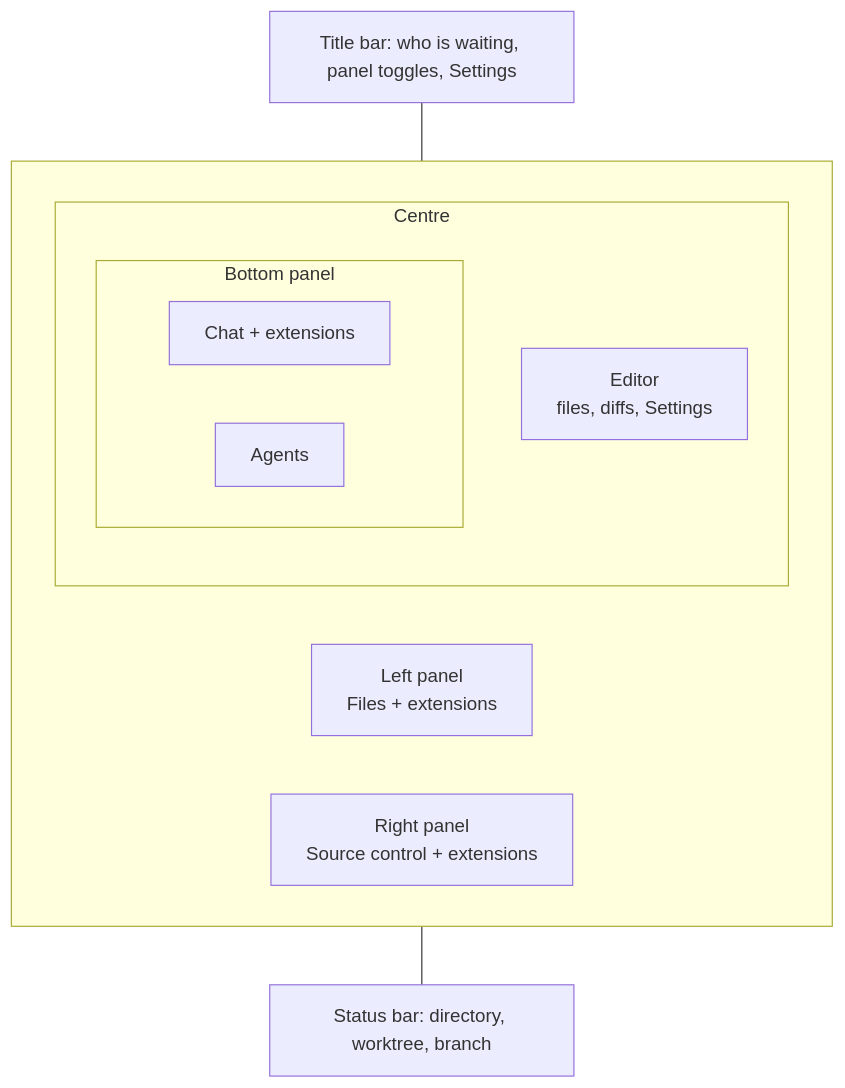
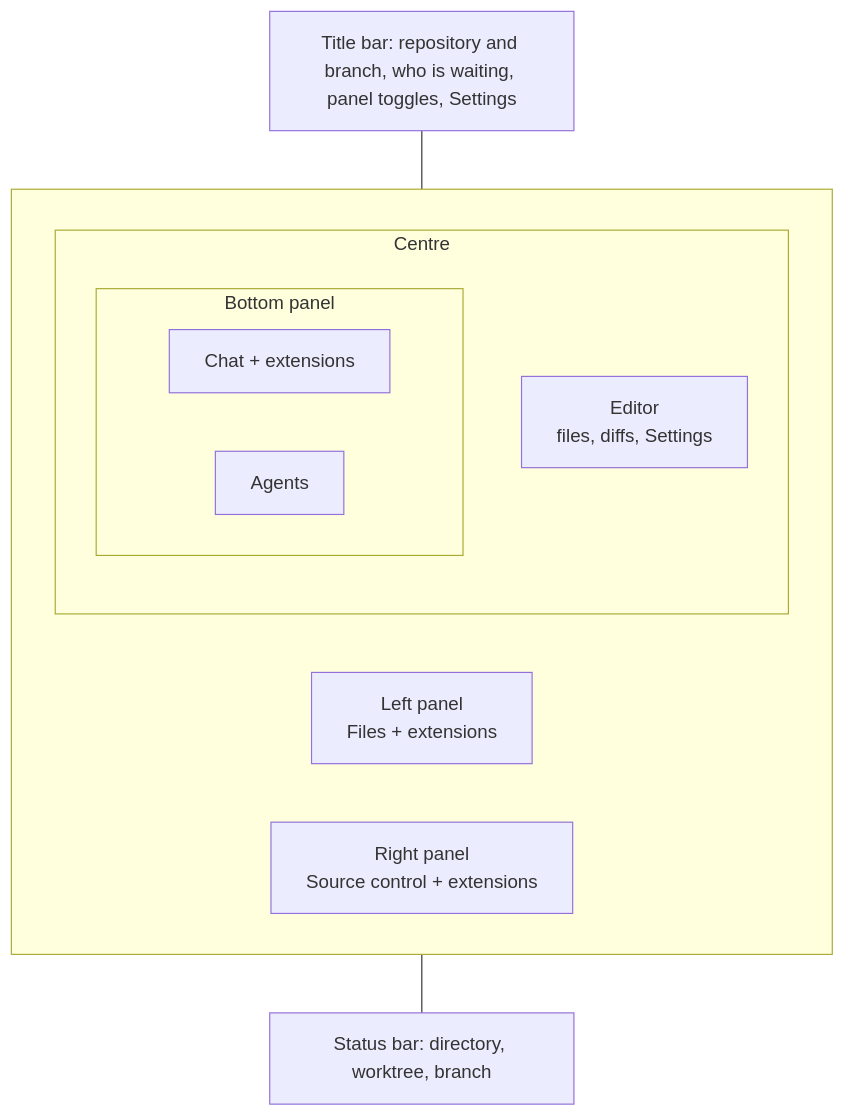
Before and after one commit to BradenTerry/Tog: the first of 2 diagrams in docs/workbench.md, drawn with Mermaid. The commit also changed 3 other files, not shown here.

Commit message:
Show the selected agent's repository and branch in the title bar

````diff
--- a/docs/workbench.md
+++ b/docs/workbench.md
@@ -9,21 +9,21 @@
 ```mermaid
 flowchart TB
-    T["Title bar: who is waiting, panel toggles, Settings"]
+    T["Title bar: repository and branch, who is waiting, panel toggles, Settings"]
     subgraph W[" "]
         direction LR
         L["Left panel<br/>Files + extensions"]
         subgraph C["Centre"]
             direction TB
             E["Editor<br/>files, diffs, Settings"]
             subgraph B["Bottom panel"]
                 direction LR
                 CH["Chat + extensions"]
                 AG["Agents"]
             end
         end
         R["Right panel<br/>Source control + extensions"]
     end
     S["Status bar: directory, worktree, branch"]
     T --- W
     W --- S
 ```
````
